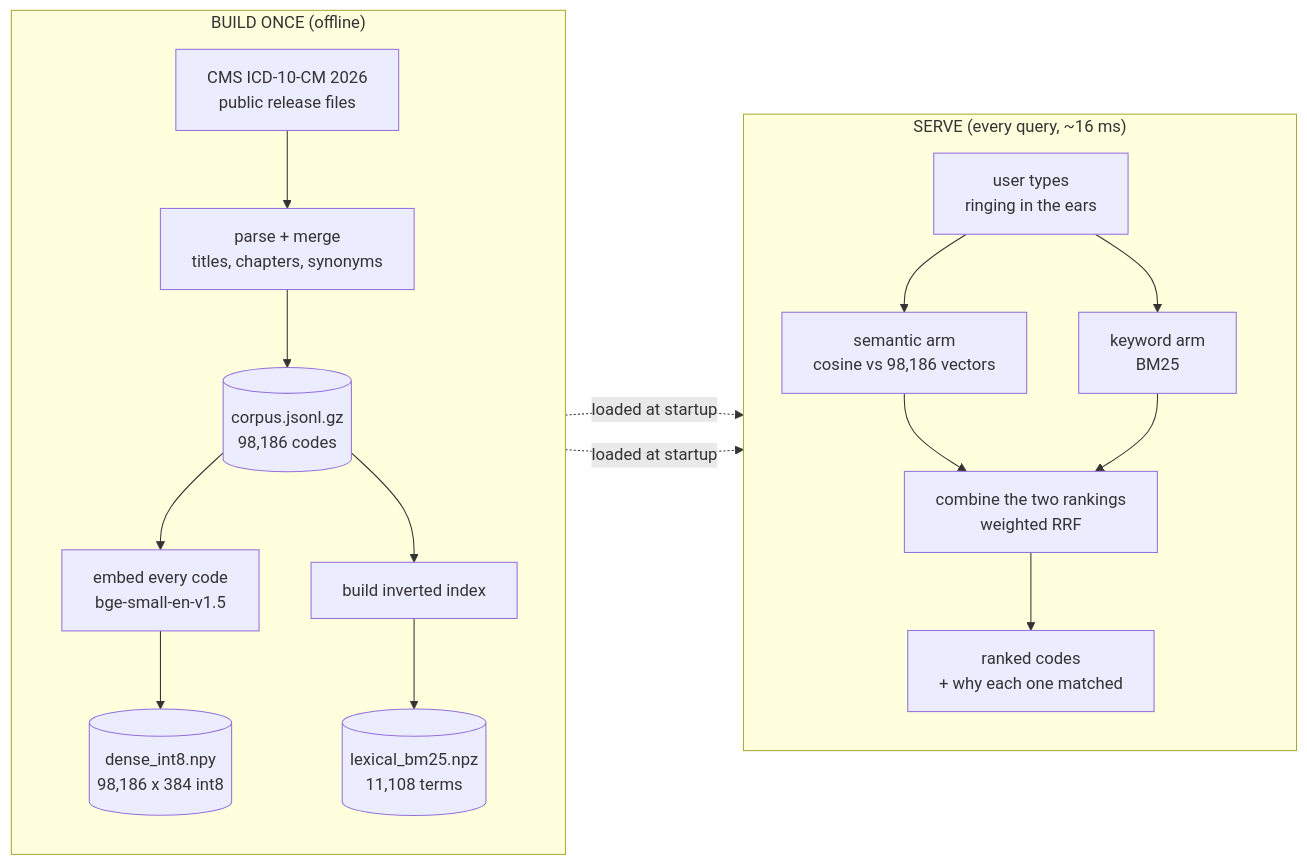
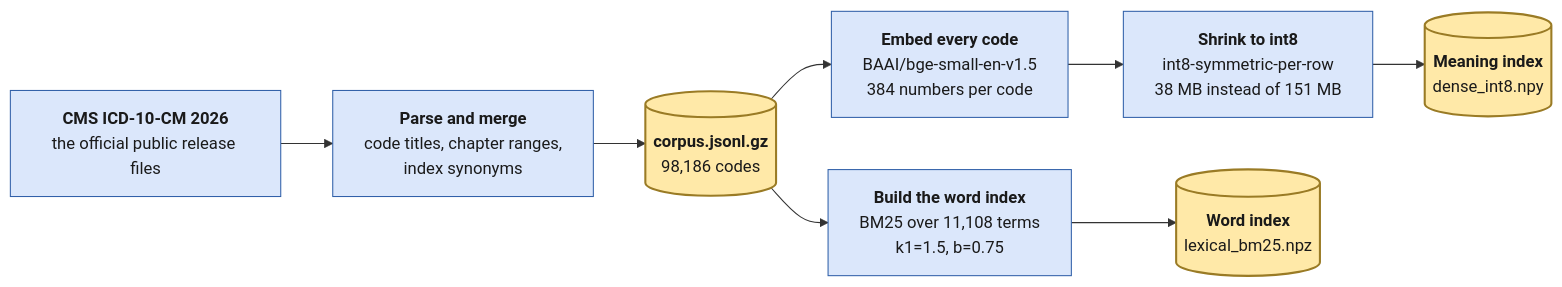
Before and after one commit to Sudam23/ICD10-Hybrid-Search: the first of 3 diagrams in README.md, drawn with Mermaid. The commit also changed other lines of this file and 5 other files, not shown here.

````diff
--- a/README.md
+++ b/README.md
@@ -92,31 +96,20 @@
 ```mermaid
 flowchart LR
-    subgraph BUILD["BUILD ONCE (offline)"]
-        direction TB
-        CMS["CMS ICD-10-CM 2026<br/>public release files"]
-        PARSE["parse + merge<br/>titles, chapters, synonyms"]
-        CORPUS[("corpus.jsonl.gz<br/>98,186 codes")]
-        EMB["embed every code<br/>bge-small-en-v1.5"]
-        BM25B["build inverted index"]
-        DIDX[("dense_int8.npy<br/>98,186 x 384 int8")]
-        LIDX[("lexical_bm25.npz<br/>11,108 terms")]
-        CMS --> PARSE --> CORPUS
-        CORPUS --> EMB --> DIDX
-        CORPUS --> BM25B --> LIDX
-    end
+    CMS["<b>CMS ICD-10-CM 2026</b><br/>the official public release files"]
+    PARSE["<b>Parse and merge</b><br/>code titles, chapter ranges,<br/>index synonyms"]
+    CORPUS[("<b>corpus.jsonl.gz</b><br/>98,186 codes")]
+    EMB["<b>Embed every code</b><br/>BAAI/bge-small-en-v1.5<br/>384 numbers per code"]
+    QUANT["<b>Shrink to int8</b><br/>int8-symmetric-per-row<br/>38 MB instead of 151 MB"]
+    BM["<b>Build the word index</b><br/>BM25 over 11,108 terms<br/>k1=1.5, b=0.75"]
+    DIDX[("<b>Meaning index</b><br/>dense_int8.npy")]
+    LIDX[("<b>Word index</b><br/>lexical_bm25.npz")]
 
-    subgraph SERVE["SERVE (every query, ~16 ms)"]
-        direction TB
-        Q["user types<br/>ringing in the ears"]
-        DENSE["semantic arm<br/>cosine vs 98,186 vectors"]
-        LEX["keyword arm<br/>BM25"]
-        FUSE["combine the two rankings<br/>weighted RRF"]
-        OUT["ranked codes<br/>+ why each one matched"]
-        Q --> DENSE --> FUSE
-        Q --> LEX --> FUSE
-        FUSE --> OUT
-    end
+    CMS --> PARSE --> CORPUS
+    CORPUS --> EMB --> QUANT --> DIDX
+    CORPUS --> BM --> LIDX
 
-    DIDX -.loaded at startup.-> DENSE
-    LIDX -.loaded at startup.-> LEX
+    classDef build fill:#dbe7fb,stroke:#2f5fa8,color:#1a1a1a
+    classDef store fill:#ffe9a8,stroke:#9a7b25,stroke-width:2px,color:#1a1a1a
+    class CMS,PARSE,EMB,QUANT,BM build
+    class CORPUS,DIDX,LIDX store
 ```
````
